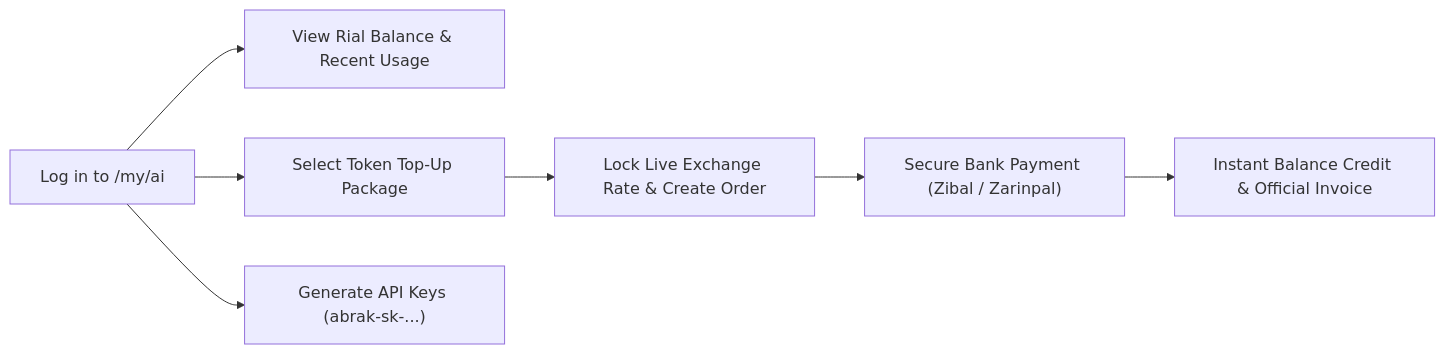
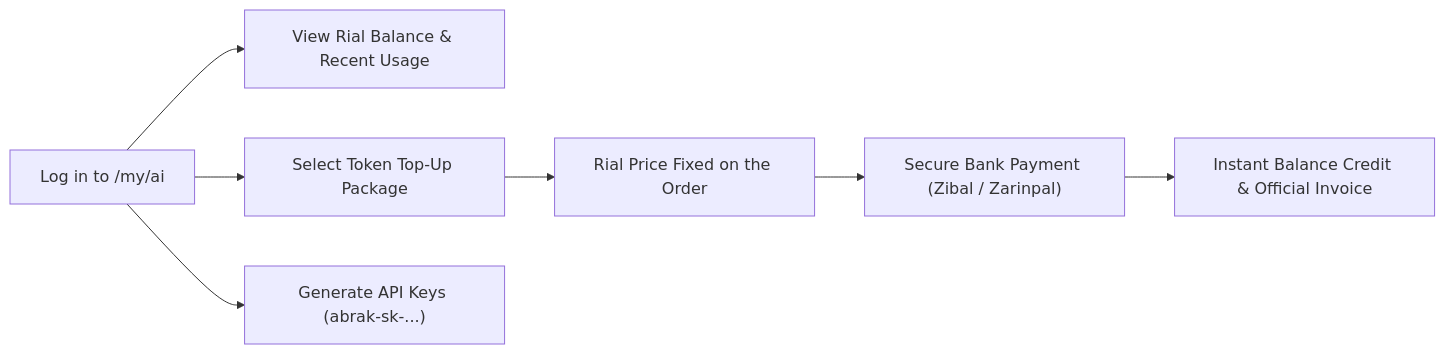
Before and after one commit to abrakorg/abrak-docs: the diagram in en/ai-wallet.md, drawn with Mermaid. The commit also changed other lines of this file and 8 other files, not shown here.

Commit message:
docs(ai-wallet): match the live gateway — owner-only top-up/keys, personal wallet scope, no company fallback, live default model, price fixed during payment

````diff
--- a/en/ai-wallet.md
+++ b/en/ai-wallet.md
@@ -28,9 +28,9 @@
 ```mermaid
 flowchart LR
     A["Log in to /my/ai"] --> B["View Rial Balance & Recent Usage"]
     A --> C["Select Token Top-Up Package"]
-    C --> D["Lock Live Exchange Rate & Create Order"]
+    C --> D["Rial Price Fixed on the Order"]
     D --> E["Secure Bank Payment (Zibal / Zarinpal)"]
     E --> F["Instant Balance Credit & Official Invoice"]
     A --> G["Generate API Keys (abrak-sk-...)"]
 ```
````
